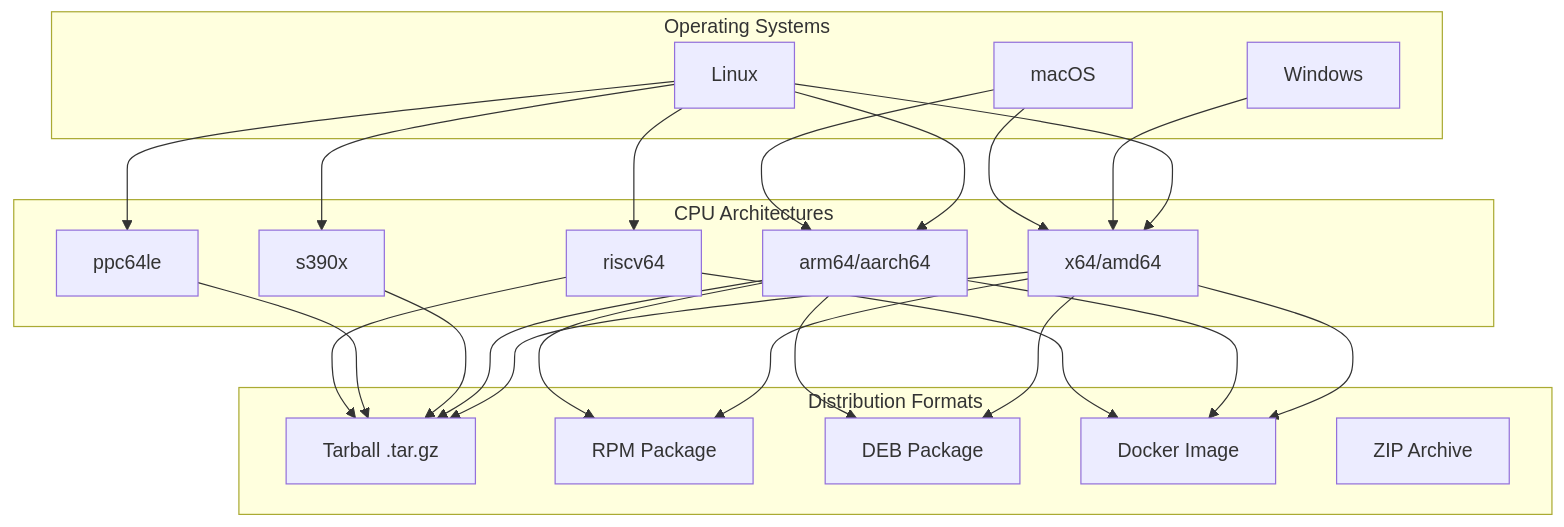
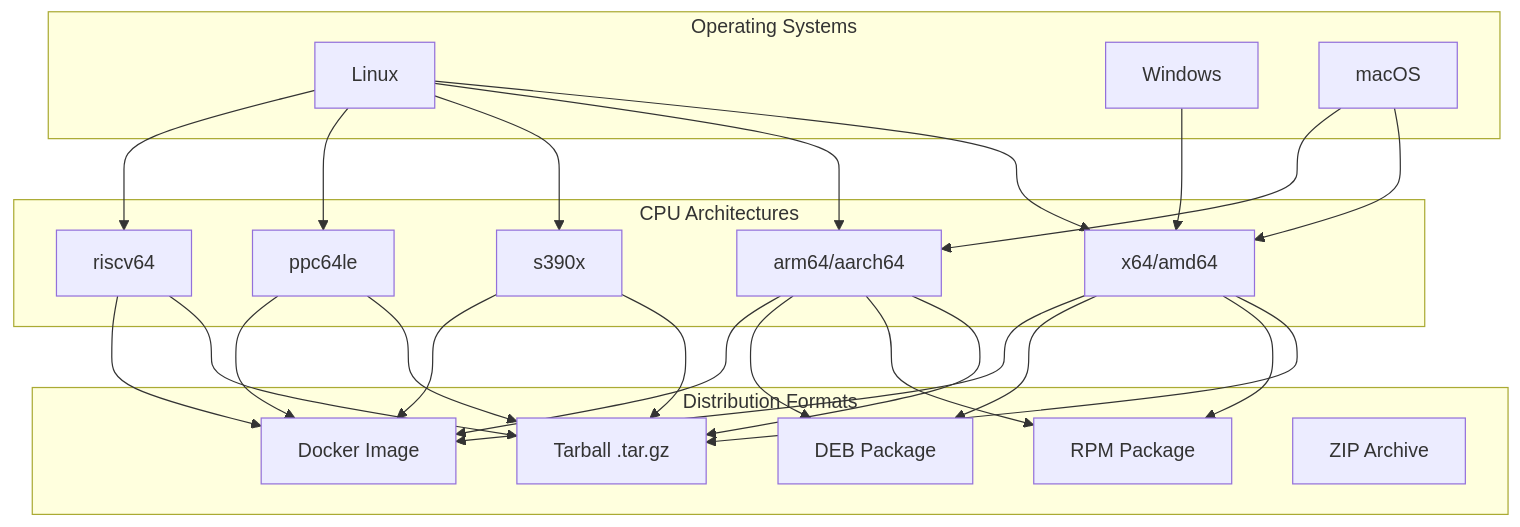
The diagram in docs/features/opensearch/opensearch-platform-support.md (tkykenmt/opensearch-feature-explorer), drawn with Mermaid before and after one commit. The commit also changed other lines of this file and 170 other files, not shown here.

````diff
--- a/docs/features/opensearch/opensearch-platform-support.md
+++ b/docs/features/opensearch/opensearch-platform-support.md
@@ -15,47 +15,49 @@
 ```mermaid
 graph TB
     subgraph "Operating Systems"
         LINUX[Linux]
         WINDOWS[Windows]
         MACOS[macOS]
     end
     
     subgraph "CPU Architectures"
         X64[x64/amd64]
         ARM64[arm64/aarch64]
         S390X[s390x]
         PPC64LE[ppc64le]
         RISCV64[riscv64]
     end
     
     subgraph "Distribution Formats"
         TAR[Tarball .tar.gz]
         RPM[RPM Package]
         DEB[DEB Package]
         DOCKER[Docker Image]
         ZIP[ZIP Archive]
     end
     
     LINUX --> X64
     LINUX --> ARM64
     LINUX --> S390X
     LINUX --> PPC64LE
     LINUX --> RISCV64
     
     WINDOWS --> X64
     MACOS --> X64
     MACOS --> ARM64
     
     X64 --> TAR
     X64 --> RPM
     X64 --> DEB
     X64 --> DOCKER
     ARM64 --> TAR
     ARM64 --> RPM
     ARM64 --> DEB
     ARM64 --> DOCKER
     S390X --> TAR
+    S390X --> DOCKER
     PPC64LE --> TAR
+    PPC64LE --> DOCKER
     RISCV64 --> TAR
     RISCV64 --> DOCKER
 ```
````
